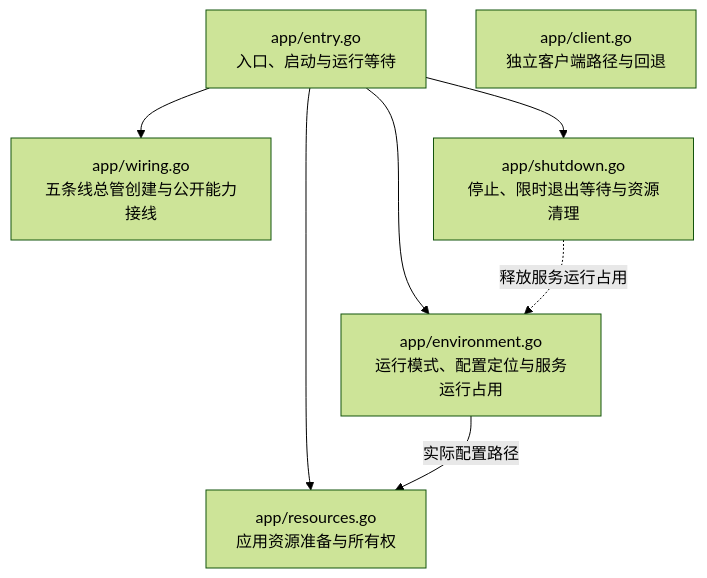
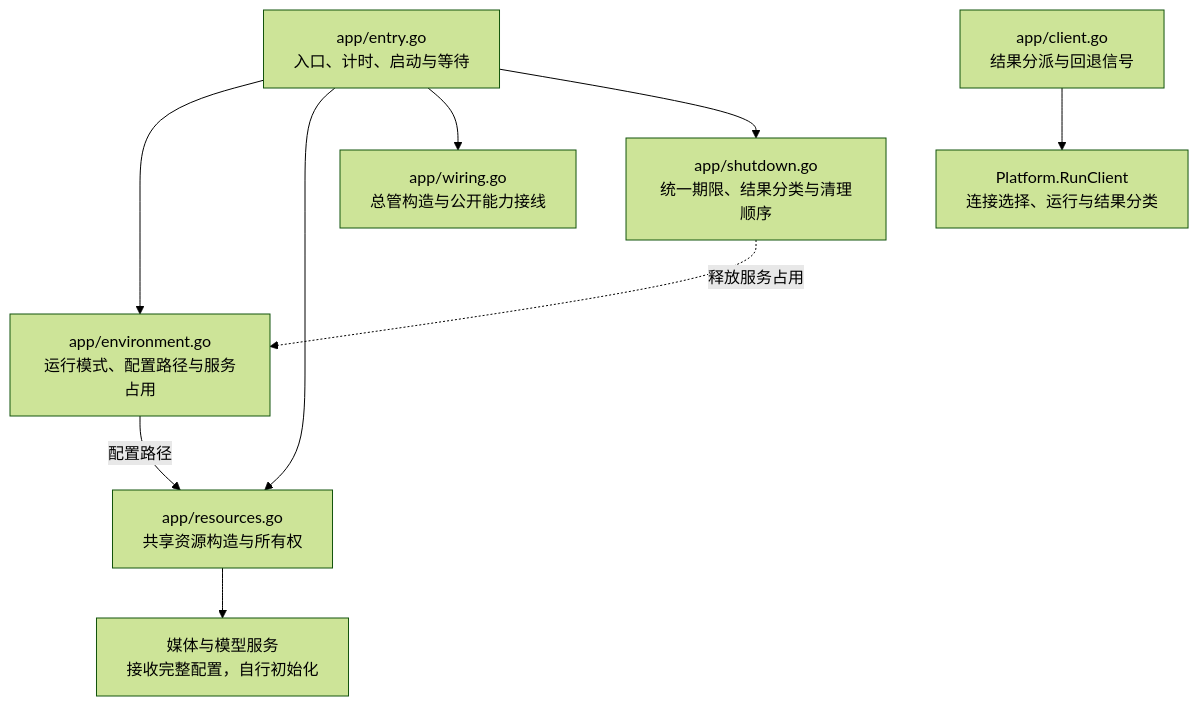
The first of 7 diagrams in devdocs/architecture.md (Elflare/elbot), drawn with Mermaid (forest theme) before and after one commit. The commit also changed other lines of this file and 66 other files, not shown here.

````diff
--- a/devdocs/architecture.md
+++ b/devdocs/architecture.md
@@ -18,12 +22,14 @@
 ```mermaid
 flowchart TB
-    E["app/entry.go<br/>入口、启动与运行等待"]
-    ENV["app/environment.go<br/>运行模式、配置定位与服务运行占用"]
-    R["app/resources.go<br/>应用资源准备与所有权"]
-    W["app/wiring.go<br/>五条线总管创建与公开能力接线"]
-    S["app/shutdown.go<br/>停止、限时退出等待与资源清理"]
-    C["app/client.go<br/>独立客户端路径与回退"]
+    E["app/entry.go<br/>入口、计时、启动与等待"]
+    ENV["app/environment.go<br/>运行模式、配置路径与服务占用"]
+    R["app/resources.go<br/>共享资源构造与所有权"]
+    W["app/wiring.go<br/>总管构造与公开能力接线"]
+    S["app/shutdown.go<br/>统一期限、结果分类与清理顺序"]
+    C["app/client.go<br/>结果分派与回退信号"]
     E --> ENV & R & W & S
-    ENV -->|实际配置路径| R
-    S -.->|释放服务运行占用| ENV
+    ENV -->|配置路径| R
+    R --> M["媒体与模型服务<br/>接收完整配置，自行初始化"]
+    C --> P["Platform.RunClient<br/>连接选择、运行与结果分类"]
+    S -.->|释放服务占用| ENV
 ```
````
